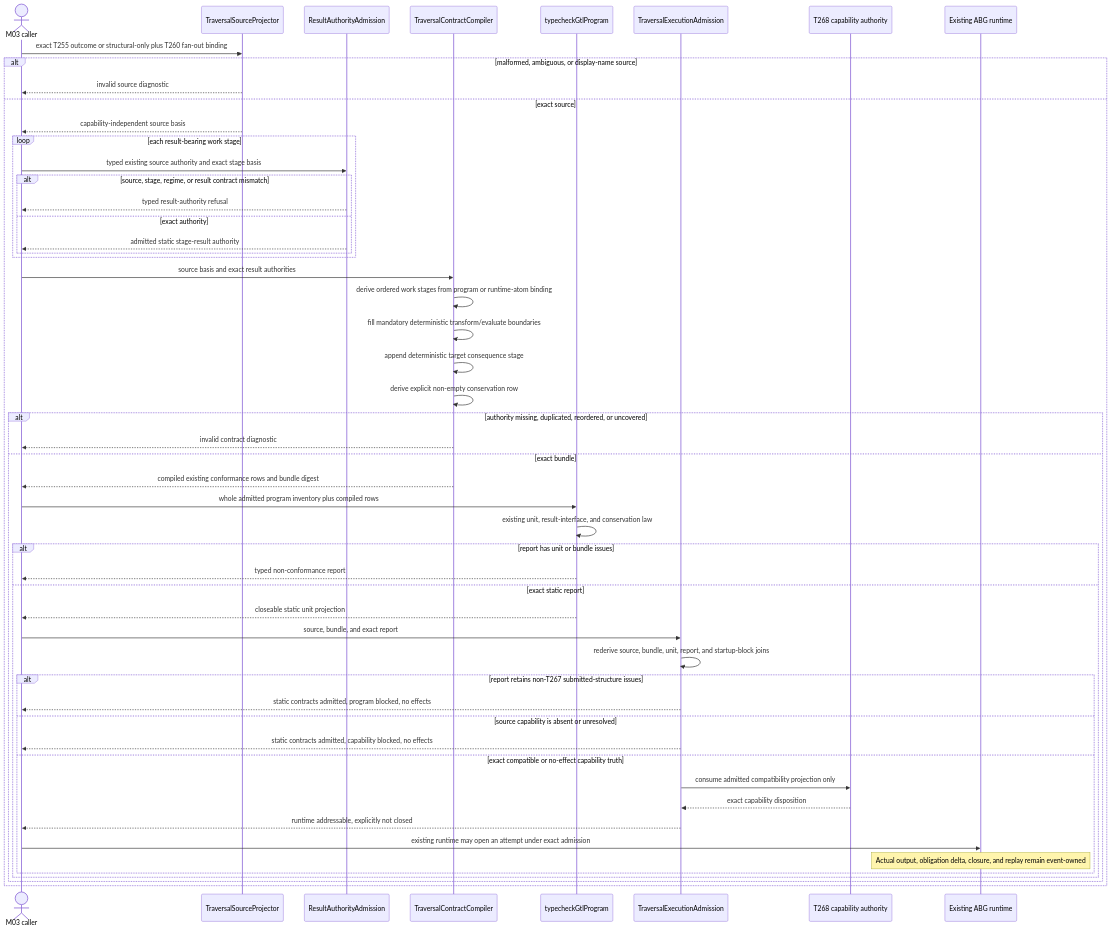
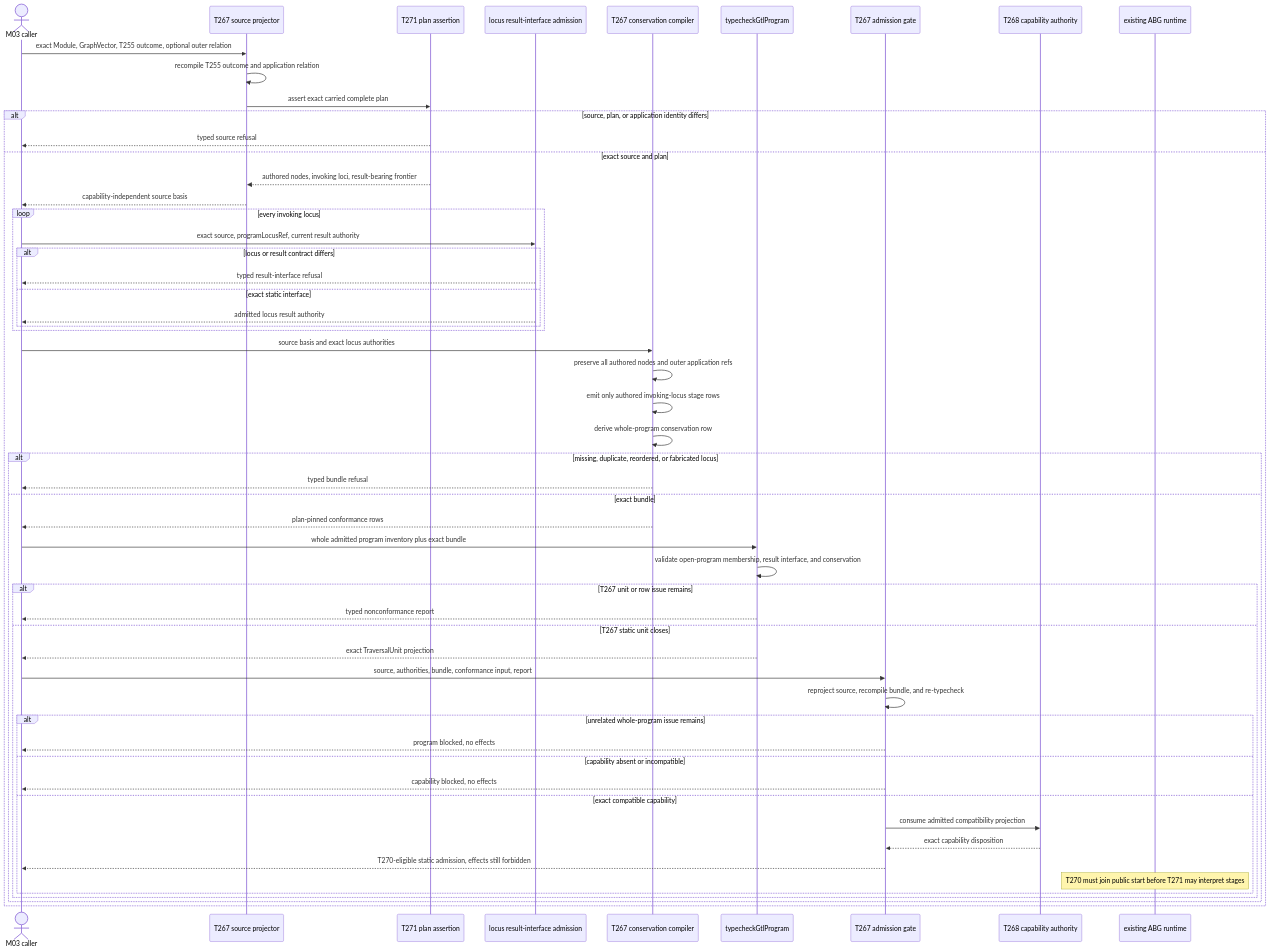
One commit to foolishimp/abiogenesis changed the second of 3 diagrams in build_tenants/abiogenesis/typescript/design/M03_TRAVERSAL_RESULT_BIND_CONSERVATION_BEHAVIOR_DESIGN.md. Above: the diagram before and after it, drawn with Mermaid. The commit also changed other lines of this file and 3 other files, not shown here.

Commit message:
design(abg): reframe whole-program traversal conservation

````diff
--- a/build_tenants/abiogenesis/typescript/design/M03_TRAVERSAL_RESULT_BIND_CONSERVATION_BEHAVIOR_DESIGN.md
+++ b/build_tenants/abiogenesis/typescript/design/M03_TRAVERSAL_RESULT_BIND_CONSERVATION_BEHAVIOR_DESIGN.md
@@ -451,56 +427,58 @@
 ```mermaid
 sequenceDiagram
   actor Caller as M03 caller
-  participant Source as TraversalSourceProjector
-  participant Result as ResultAuthorityAdmission
-  participant Compiler as TraversalContractCompiler
+  participant Source as T267 source projector
+  participant Plan as T271 plan assertion
+  participant Result as locus result-interface admission
+  participant Compiler as T267 conservation compiler
   participant Typecheck as typecheckGtlProgram
-  participant Gate as TraversalExecutionAdmission
+  participant Gate as T267 admission gate
   participant Capability as T268 capability authority
-  participant Runtime as Existing ABG runtime
+  participant Runtime as existing ABG runtime
 
-  Caller->>Source: exact T255 outcome or structural-only plus T260 fan-out binding
-  alt malformed, ambiguous, or display-name source
-    Source-->>Caller: invalid source diagnostic
-  else exact source
+  Caller->>Source: exact Module, GraphVector, T255 outcome, optional outer relation
+  Source->>Source: recompile T255 outcome and application relation
+  Source->>Plan: assert exact carried complete plan
+  alt source, plan, or application identity differs
+    Plan-->>Caller: typed source refusal
+  else exact source and plan
+    Plan-->>Source: authored nodes, invoking loci, result-bearing frontier
     Source-->>Caller: capability-independent source basis
-    loop each result-bearing work stage
-      Caller->>Result: typed existing source authority and exact stage basis
-      alt source, stage, regime, or result contract mismatch
-        Result-->>Caller: typed result-authority refusal
-      else exact authority
-        Result-->>Caller: admitted static stage-result authority
+    loop every invoking locus
+      Caller->>Result: exact source, programLocusRef, current result authority
+      alt locus or result contract differs
+        Result-->>Caller: typed result-interface refusal
+      else exact static interface
+        Result-->>Caller: admitted locus result authority
       end
     end
-      Caller->>Compiler: source basis and exact result authorities
-      Compiler->>Compiler: derive ordered work stages from program or runtime-atom binding
-      Compiler->>Compiler: fill mandatory deterministic transform/evaluate boundaries
-      Compiler->>Compiler: append deterministic target consequence stage
-    Compiler->>Compiler: derive explicit non-empty conservation row
-    alt authority missing, duplicated, reordered, or uncovered
-      Compiler-->>Caller: invalid contract diagnostic
+    Caller->>Compiler: source basis and exact locus authorities
+    Compiler->>Compiler: preserve all authored nodes and outer application refs
+    Compiler->>Compiler: emit only authored invoking-locus stage rows
+    Compiler->>Compiler: derive whole-program conservation row
+    alt missing, duplicate, reordered, or fabricated locus
+      Compiler-->>Caller: typed bundle refusal
     else exact bundle
-      Compiler-->>Caller: compiled existing conformance rows and bundle digest
-      Caller->>Typecheck: whole admitted program inventory plus compiled rows
-      Typecheck->>Typecheck: existing unit, result-interface, and conservation law
-      alt report has unit or bundle issues
-        Typecheck-->>Caller: typed non-conformance report
-      else exact static report
-        Typecheck-->>Caller: closeable static unit projection
-        Caller->>Gate: source, bundle, and exact report
-        Gate->>Gate: rederive source, bundle, unit, report, and startup-block joins
-        alt report retains non-T267 submitted-structure issues
-          Gate-->>Caller: static contracts admitted, program blocked, no effects
-        else source capability is absent or unresolved
-          Gate-->>Caller: static contracts admitted, capability blocked, no effects
-        else exact compatible or no-effect capability truth
-          Gate->>Capability: consume admitted compatibility projection only
+      Compiler-->>Caller: plan-pinned conformance rows
+      Caller->>Typecheck: whole admitted program inventory plus exact bundle
+      Typecheck->>Typecheck: validate open-program membership, result interface, and conservation
+      alt T267 unit or row issue remains
+        Typecheck-->>Caller: typed nonconformance report
+      else T267 static unit closes
+        Typecheck-->>Caller: exact TraversalUnit projection
+        Caller->>Gate: source, authorities, bundle, conformance input, report
+        Gate->>Gate: reproject source, recompile bundle, and re-typecheck
+        alt unrelated whole-program issue remains
+          Gate-->>Caller: program blocked, no effects
+        else capability absent or incompatible
+          Gate-->>Caller: capability blocked, no effects
+        else exact compatible capability
+          Gate->>Capability: consume admitted compatibility projection
           Capability-->>Gate: exact capability disposition
-          Gate-->>Caller: runtime addressable, explicitly not closed
-          Caller->>Runtime: existing runtime may open an attempt under exact admission
-          Note over Runtime: Actual output, obligation delta, closure, and replay remain event-owned
+          Gate-->>Caller: T270-eligible static admission, effects still forbidden
+          Note over Runtime: T270 must join public start before T271 may interpret stages
         end
       end
     end
   end
 ```
````
